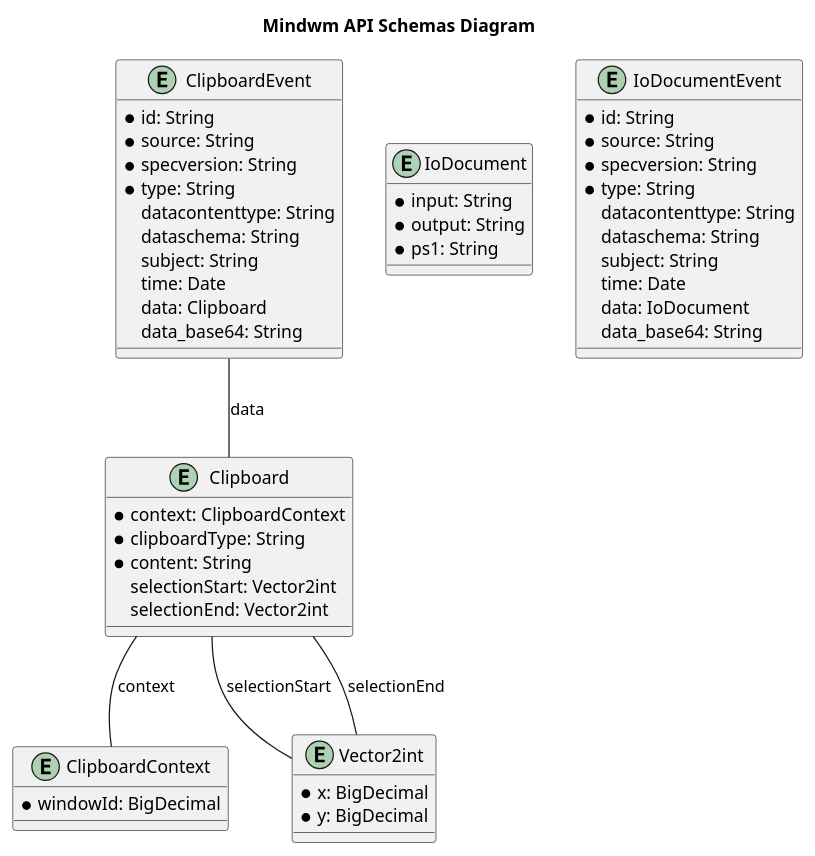
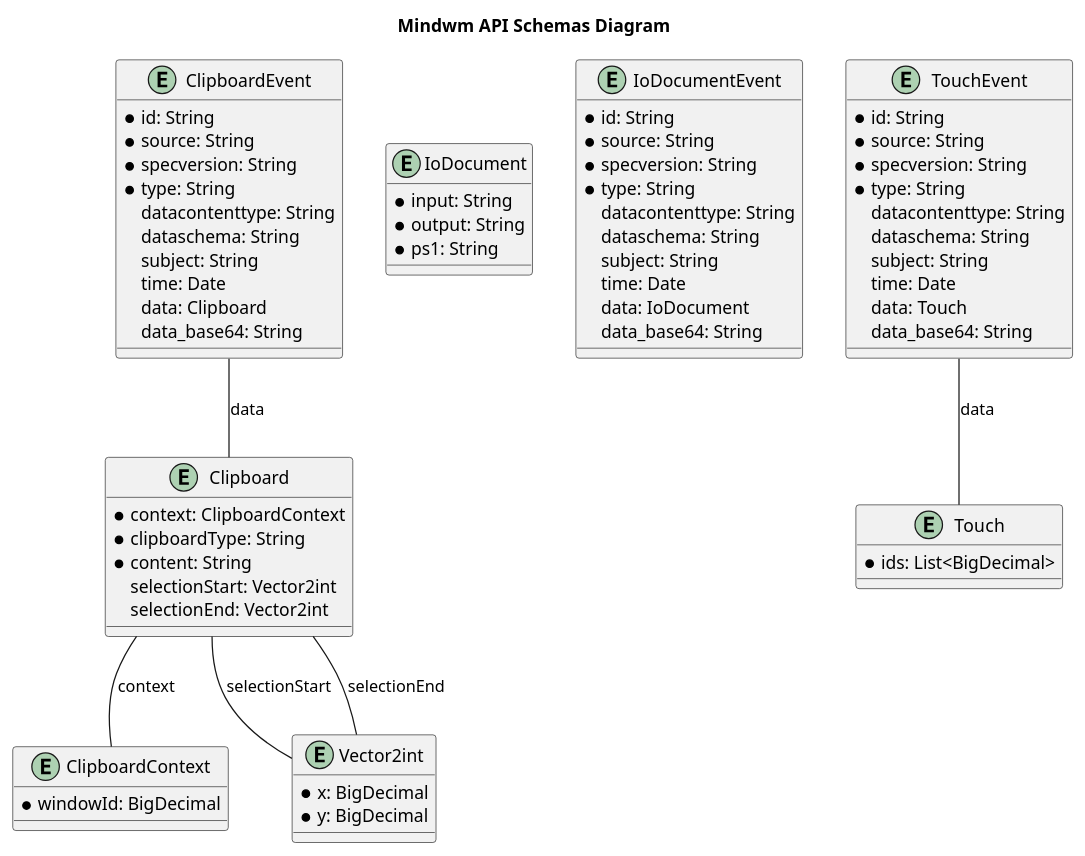
One commit to mindwm/mindwm-api changed the diagram in generated/openapi/plantuml/schemas.plantuml. Above: the diagram before and after it, drawn with PlantUML. The commit also changed 151 other files, not shown here.

```diff
--- a/generated/openapi/plantuml/schemas.plantuml
+++ b/generated/openapi/plantuml/schemas.plantuml
@@ -1,60 +1,78 @@
 @startuml
 
 title Mindwm API Schemas Diagram
 
 entity Clipboard {
     * context: ClipboardContext
     * clipboardType: String
     * content: String
     selectionStart: Vector2int
     selectionEnd: Vector2int
 }
 
 entity ClipboardContext {
     * windowId: BigDecimal
 }
 
 entity ClipboardEvent {
     * id: String
     * source: String
     * specversion: String
     * type: String
     datacontenttype: String
     dataschema: String
     subject: String
     time: Date
     data: Clipboard
     data_base64: String
 }
 
 entity IoDocument {
     * input: String
     * output: String
     * ps1: String
 }
 
 entity IoDocumentEvent {
     * id: String
     * source: String
     * specversion: String
     * type: String
     datacontenttype: String
     dataschema: String
     subject: String
     time: Date
     data: IoDocument
     data_base64: String
 }
 
+entity Touch {
+    * ids: List<BigDecimal>
+}
+
+entity TouchEvent {
+    * id: String
+    * source: String
+    * specversion: String
+    * type: String
+    datacontenttype: String
+    dataschema: String
+    subject: String
+    time: Date
+    data: Touch
+    data_base64: String
+}
+
 entity Vector2int {
     * x: BigDecimal
     * y: BigDecimal
 }
 
 
 ClipboardEvent -- Clipboard : data
+TouchEvent -- Touch : data
 Clipboard -- ClipboardContext : context
 Clipboard -- Vector2int : selectionStart
 Clipboard -- Vector2int : selectionEnd
 
 @enduml
```
